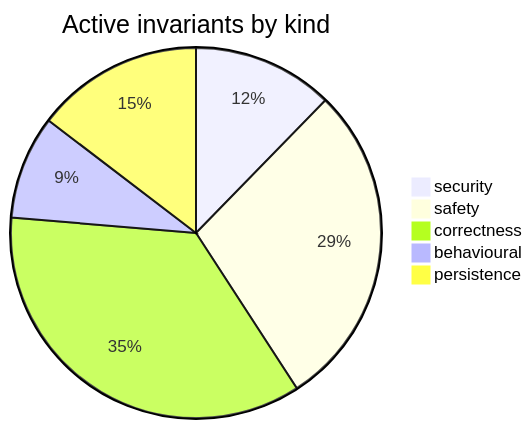
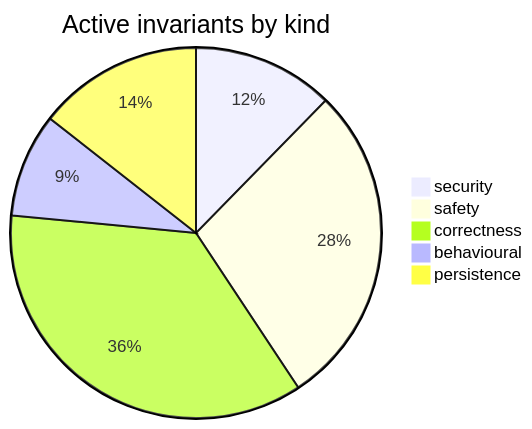
The diagram in docs/requirements-map.md (Lbstrydom/claude-engineering-skills), drawn with Mermaid before and after one commit. The commit also changed other lines of this file and 7 other files, not shown here.

````diff
--- a/docs/requirements-map.md
+++ b/docs/requirements-map.md
@@ -7,8 +7,8 @@
 ```mermaid
 pie title Active invariants by kind
   "security" : 53
-  "safety" : 123
-  "correctness" : 153
+  "safety" : 122
+  "correctness" : 154
   "behavioural" : 39
-  "persistence" : 63
+  "persistence" : 62
 ```
````
